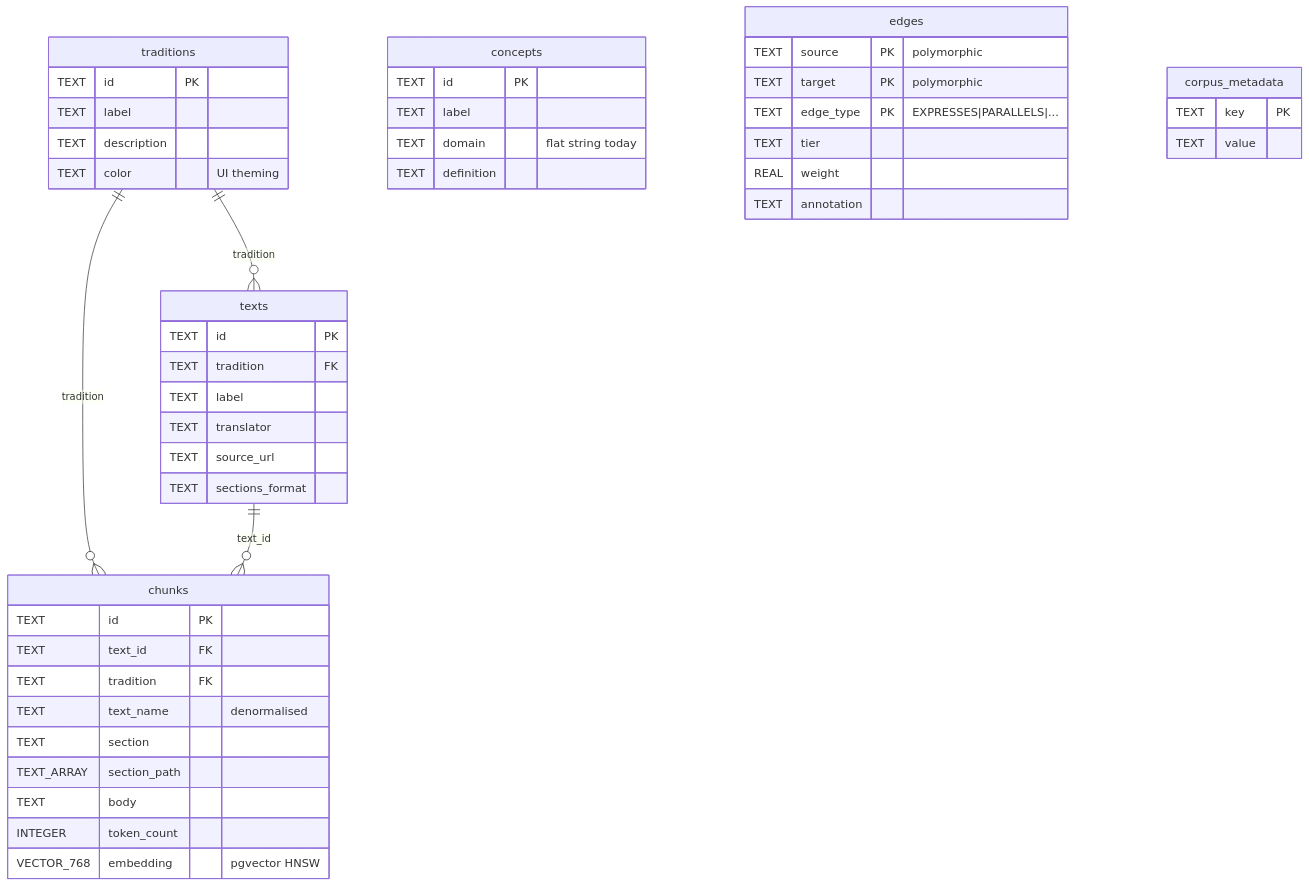
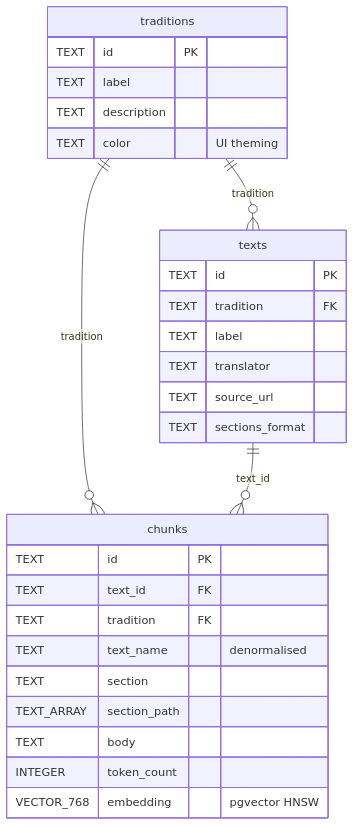
One commit to 4-R-C-4-N-4/guru changed the fourth of 6 diagrams in docs/concept-hierarchy/schema-diagrams.md. Above: the diagram before and after it, drawn with Mermaid. The commit also changed other lines of this file and 10 other files, not shown here.

First line of the commit message:
concept-hierarchy: restructure schema diagrams to one consolidated view

````diff
--- a/docs/concept-hierarchy/schema-diagrams.md
+++ b/docs/concept-hierarchy/schema-diagrams.md
@@ -189,55 +162,34 @@
 ```mermaid
 erDiagram
     traditions {
         TEXT id PK
         TEXT label
         TEXT description
         TEXT color "UI theming"
     }
 
     texts {
         TEXT id PK
         TEXT tradition FK
         TEXT label
         TEXT translator
         TEXT source_url
         TEXT sections_format
     }
 
-    concepts {
-        TEXT id PK
-        TEXT label
-        TEXT domain "flat string today"
-        TEXT definition
-    }
-
     chunks {
         TEXT id PK
         TEXT text_id FK
         TEXT tradition FK
         TEXT text_name "denormalised"
         TEXT section
         TEXT_ARRAY section_path
         TEXT body
         INTEGER token_count
         VECTOR_768 embedding "pgvector HNSW"
     }
 
-    edges {
-        TEXT source PK "polymorphic"
-        TEXT target PK "polymorphic"
-        TEXT edge_type PK "EXPRESSES|PARALLELS|..."
-        TEXT tier
-        REAL weight
-        TEXT annotation
-    }
-
-    corpus_metadata {
-        TEXT key PK
-        TEXT value
-    }
-
     traditions ||--o{ texts : "tradition"
     traditions ||--o{ chunks : "tradition"
     texts ||--o{ chunks : "text_id"
 ```
````
